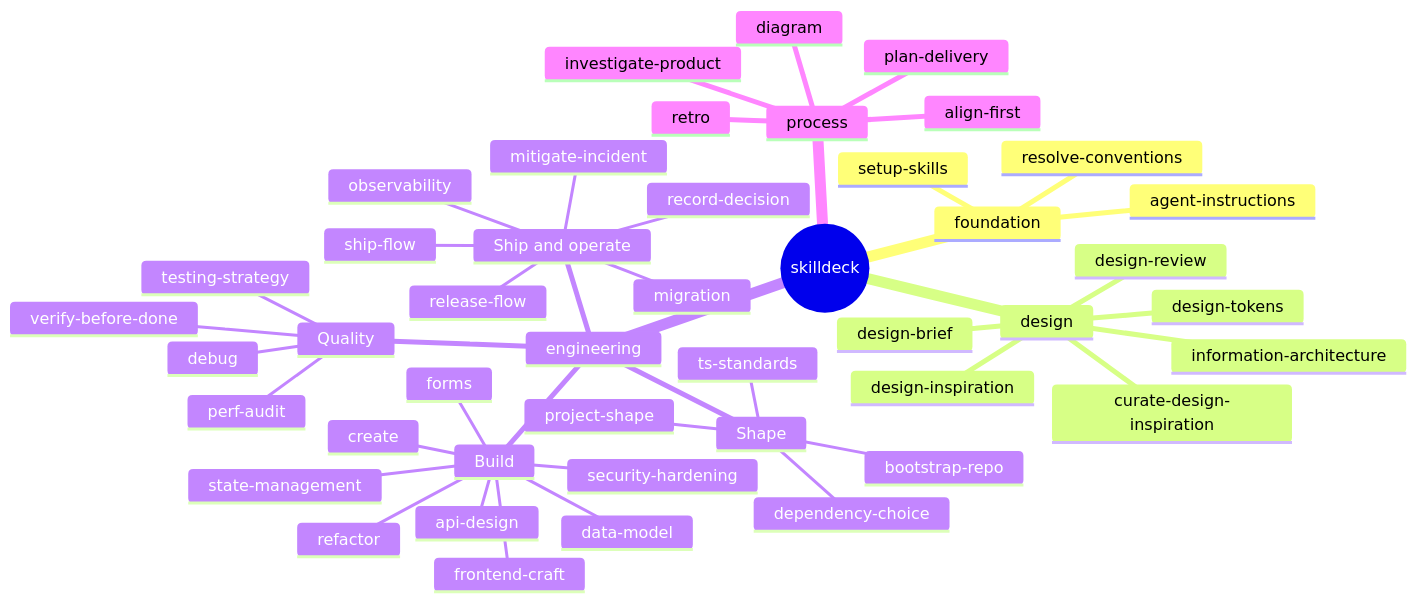
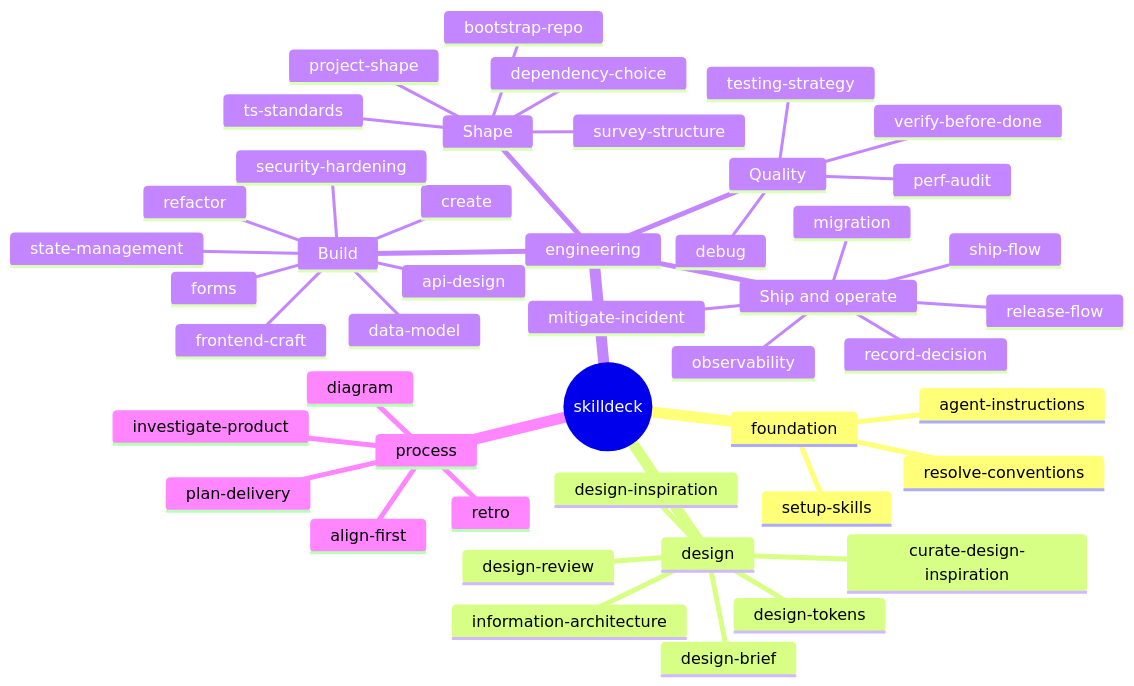
Before and after one commit to jonathanjuliani/skilldeck: the diagram in README.md, drawn with Mermaid. The commit also changed other lines of this file and 17 other files, not shown here.

First line of the commit message:
add: survey a repo's structure and keep layout standards on the paths that write code

````diff
--- a/README.md
+++ b/README.md
@@ -92,48 +92,49 @@
 ```mermaid
 mindmap
   root((skilldeck))
     foundation
       resolve-conventions
       setup-skills
       agent-instructions
     design
       design-brief
       information-architecture
       design-inspiration
       curate-design-inspiration
       design-tokens
       design-review
     engineering
       Shape
         project-shape
+        survey-structure
         bootstrap-repo
         ts-standards
         dependency-choice
       Build
         create
         refactor
         api-design
         data-model
         state-management
         forms
         frontend-craft
         security-hardening
       Quality
         testing-strategy
         debug
         verify-before-done
         perf-audit
       Ship and operate
         ship-flow
         release-flow
         migration
         observability
         mitigate-incident
         record-decision
     process
       align-first
       investigate-product
       plan-delivery
       diagram
       retro
 ```
````
